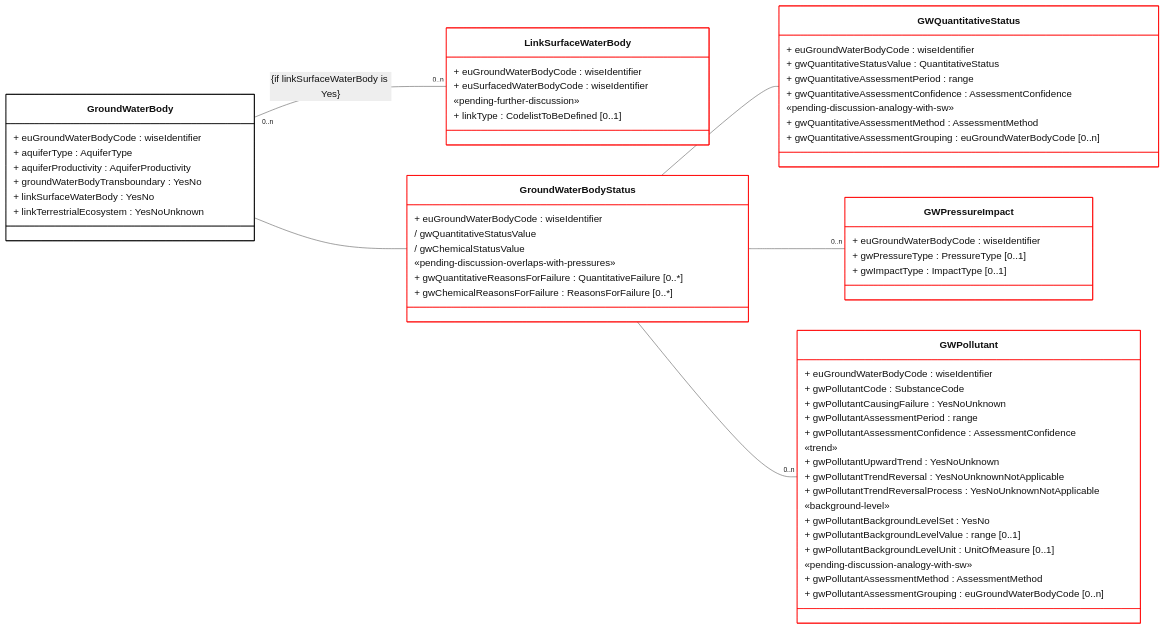
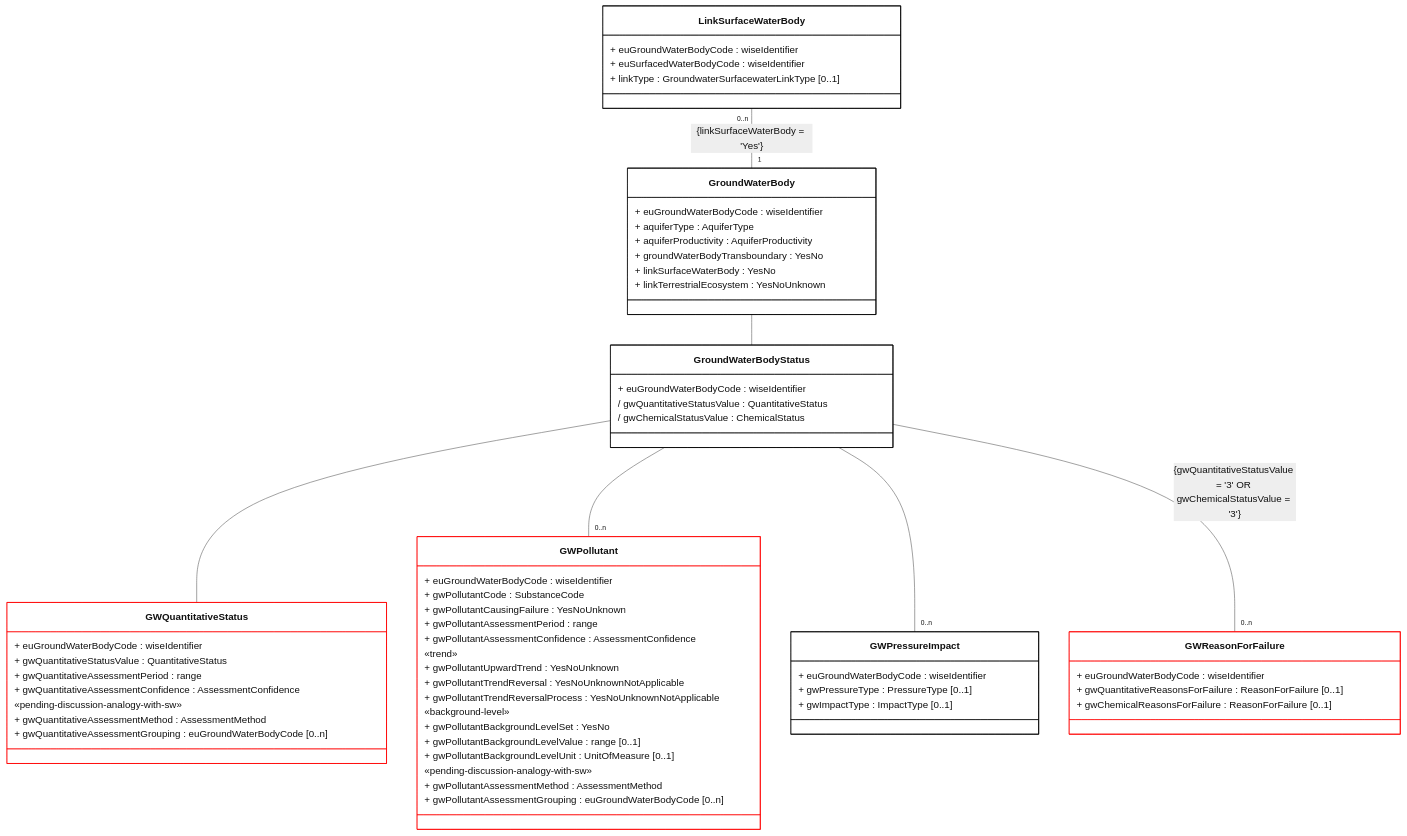
Before and after one commit to eeadata/WISE.WFD.Documentation: the diagram in docs/DataModelReview/mmd/Groundwater_DescriptiveData_4thCycle_ClassDiagram.mmd, drawn with Mermaid. The commit also changed 3 other files, not shown here.

Commit message:
Groundwater - Link between GWB and SWB

```diff
--- a/docs/DataModelReview/mmd/Groundwater_DescriptiveData_4thCycle_ClassDiagram.mmd
+++ b/docs/DataModelReview/mmd/Groundwater_DescriptiveData_4thCycle_ClassDiagram.mmd
@@ -1,87 +1,88 @@
 ---
 config:
   class:
     hideEmptyMembersBox: true
   layout: dagre
   theme: neutral
 ---
 classDiagram
-direction LR
+direction TB
+
+class LinkSurfaceWaterBody{
+    + euGroundWaterBodyCode : wiseIdentifier
+    + euSurfacedWaterBodyCode : wiseIdentifier
+    + linkType : GroundwaterSurfacewaterLinkType [0..1]
+}
 
 class GroundWaterBody{
     + euGroundWaterBodyCode : wiseIdentifier
     + aquiferType : AquiferType
     + aquiferProductivity : AquiferProductivity
     + groundWaterBodyTransboundary : YesNo
     + linkSurfaceWaterBody : YesNo
     + linkTerrestrialEcosystem : YesNoUnknown
 }
 
-class LinkSurfaceWaterBody:::forFixing{
-    + euGroundWaterBodyCode : wiseIdentifier
-    + euSurfacedWaterBodyCode : wiseIdentifier
-
-    «pending-further-discussion»
-    + linkType : CodelistToBeDefined [0..1]
-}
-
-class GWPressureImpact:::forFixing{
+class GWPressureImpact{
     + euGroundWaterBodyCode : wiseIdentifier
     + gwPressureType : PressureType [0..1]
     + gwImpactType : ImpactType  [0..1]
+}
+
+class GWReasonForFailure:::forFixing{
+    + euGroundWaterBodyCode : wiseIdentifier
+    + gwQuantitativeReasonsForFailure : ReasonForFailure [0..1]
+    + gwChemicalReasonsForFailure : ReasonForFailure [0..1]
 }
 
 class GWQuantitativeStatus:::forFixing{
     + euGroundWaterBodyCode : wiseIdentifier
     + gwQuantitativeStatusValue : QuantitativeStatus
     + gwQuantitativeAssessmentPeriod : range
     + gwQuantitativeAssessmentConfidence : AssessmentConfidence
 
     «pending-discussion-analogy-with-sw»
     + gwQuantitativeAssessmentMethod : AssessmentMethod 
     + gwQuantitativeAssessmentGrouping : euGroundWaterBodyCode [0..n]
 }
 
-class GroundWaterBodyStatus:::forFixing{
+class GroundWaterBodyStatus{
     
     + euGroundWaterBodyCode : wiseIdentifier
-    / gwQuantitativeStatusValue 
-    / gwChemicalStatusValue 
-    
-    «pending-discussion-overlaps-with-pressures»
-    + gwQuantitativeReasonsForFailure : QuantitativeFailure [0..*]
-    + gwChemicalReasonsForFailure : ReasonsForFailure [0..*]
+    / gwQuantitativeStatusValue : QuantitativeStatus
+    / gwChemicalStatusValue : ChemicalStatus
 } 
 
 class GWPollutant:::forFixing{
     + euGroundWaterBodyCode : wiseIdentifier
     + gwPollutantCode : SubstanceCode
     + gwPollutantCausingFailure : YesNoUnknown
     + gwPollutantAssessmentPeriod : range
     + gwPollutantAssessmentConfidence : AssessmentConfidence 
 
     «trend»
     + gwPollutantUpwardTrend : YesNoUnknown
     + gwPollutantTrendReversal : YesNoUnknownNotApplicable
     + gwPollutantTrendReversalProcess : YesNoUnknownNotApplicable
 
     «background-level»
     + gwPollutantBackgroundLevelSet : YesNo
     + gwPollutantBackgroundLevelValue : range [0..1] 
     + gwPollutantBackgroundLevelUnit : UnitOfMeasure [0..1] 
 
     «pending-discussion-analogy-with-sw»
     + gwPollutantAssessmentMethod : AssessmentMethod 
     + gwPollutantAssessmentGrouping : euGroundWaterBodyCode [0..n]
-
 }
-
-GroundWaterBody "0..n" -- "0..n" LinkSurfaceWaterBody : {if linkSurfaceWaterBody is Yes}
 
 GroundWaterBody -- GroundWaterBodyStatus    
 GroundWaterBodyStatus --  GWQuantitativeStatus
-GroundWaterBodyStatus -- "0..n" GWPressureImpact 
 GroundWaterBodyStatus -- "0..n" GWPollutant
+GroundWaterBodyStatus -- "0..n" GWPressureImpact
+
+LinkSurfaceWaterBody "0..n" -- "1" GroundWaterBody : {linkSurfaceWaterBody = 'Yes'}
+
+GroundWaterBodyStatus -- "0..n" GWReasonForFailure : {gwQuantitativeStatusValue = '3' OR gwChemicalStatusValue = '3'}
 
 classDef default fill:white,stroke:#000;
 classDef forFixing fill:white,stroke:#f00;
```
